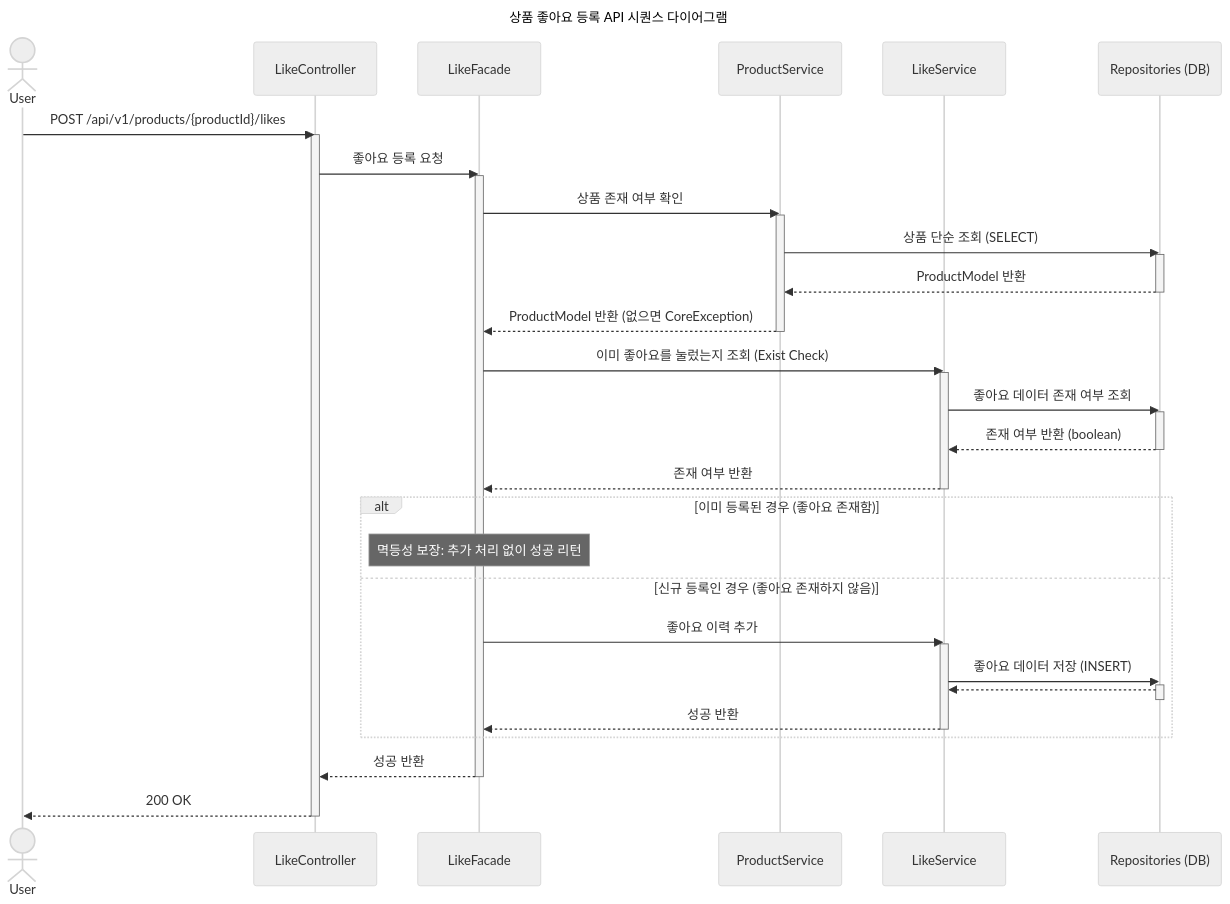
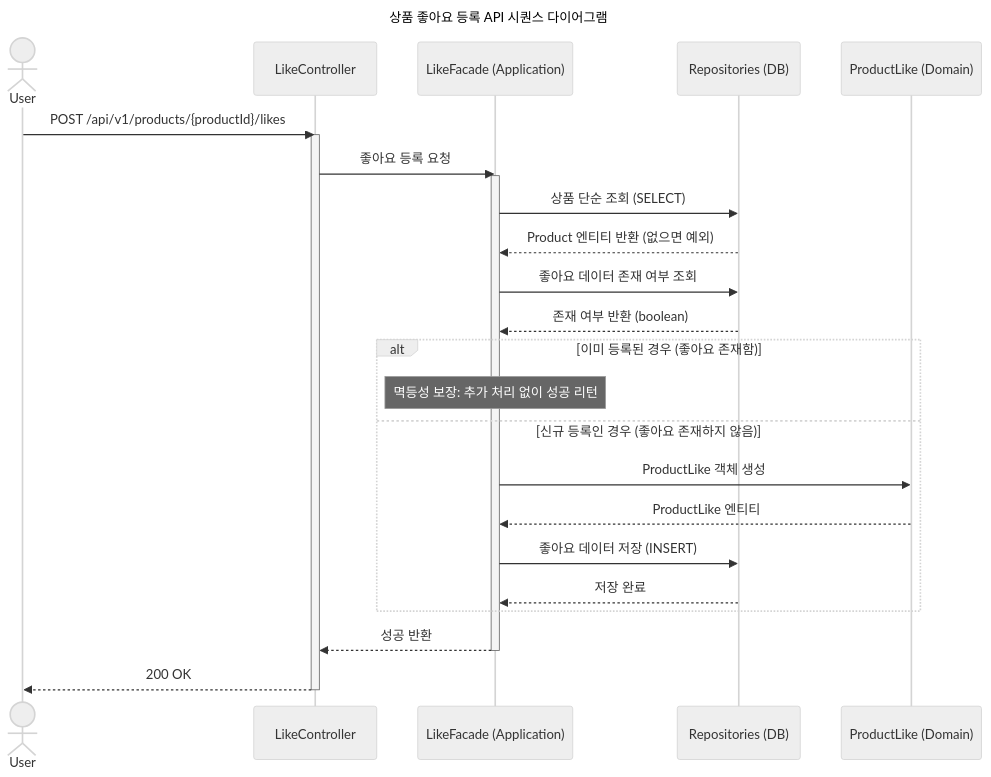
The second of 5 diagrams in docs/week2/02-sequence-diagrams.md (loopers-labs/loop-pack-be-l2-vol4-java), drawn with Mermaid (neutral theme) before and after one commit. The commit also changed other lines of this file and 1 other file, not shown here.

````diff
--- a/docs/week2/02-sequence-diagrams.md
+++ b/docs/week2/02-sequence-diagrams.md
@@ -128,56 +61,36 @@
 ```mermaid
 sequenceDiagram
     title 상품 좋아요 등록 API 시퀀스 다이어그램
     actor User
     participant Controller as LikeController
-    participant Facade as LikeFacade
-    participant ProductSvc as ProductService
-    participant LikeSvc as LikeService
+    participant Facade as LikeFacade (Application)
     participant Repo as Repositories (DB)
+    participant Domain as ProductLike (Domain)
 
     User->>Controller: POST /api/v1/products/{productId}/likes
     activate Controller
 
     Controller->>Facade: 좋아요 등록 요청
     activate Facade
 
+    Facade->>Repo: 상품 단순 조회 (SELECT)
+    Repo-->>Facade: Product 엔티티 반환 (없으면 예외)
 
-        Facade->>ProductSvc: 상품 존재 여부 확인
-        activate ProductSvc
-        ProductSvc->>Repo: 상품 단순 조회 (SELECT)
-        activate Repo
-        Repo-->>ProductSvc: ProductModel 반환
-        deactivate Repo
-        ProductSvc-->>Facade: ProductModel 반환 (없으면 CoreException)
-        deactivate ProductSvc
+    Facade->>Repo: 좋아요 데이터 존재 여부 조회
+    Repo-->>Facade: 존재 여부 반환 (boolean)
 
-        Facade->>LikeSvc: 이미 좋아요를 눌렀는지 조회 (Exist Check)
-        activate LikeSvc
-        LikeSvc->>Repo: 좋아요 데이터 존재 여부 조회
-        activate Repo
-        Repo-->>LikeSvc: 존재 여부 반환 (boolean)
-        deactivate Repo
-        LikeSvc-->>Facade: 존재 여부 반환
-        deactivate LikeSvc
-
-        alt 이미 등록된 경우 (좋아요 존재함)
-            Note over Facade: 멱등성 보장: 추가 처리 없이 성공 리턴
-        else 신규 등록인 경우 (좋아요 존재하지 않음)
-            Facade->>LikeSvc: 좋아요 이력 추가
-            activate LikeSvc
-            LikeSvc->>Repo: 좋아요 데이터 저장 (INSERT)
-            activate Repo
-            Repo-->>LikeSvc: 
-            deactivate Repo
-            LikeSvc-->>Facade: 성공 반환
-            deactivate LikeSvc
-        end
-
-
+    alt 이미 등록된 경우 (좋아요 존재함)
+        Note over Facade: 멱등성 보장: 추가 처리 없이 성공 리턴
+    else 신규 등록인 경우 (좋아요 존재하지 않음)
+        Facade->>Domain: ProductLike 객체 생성
+        Domain-->>Facade: ProductLike 엔티티
+        Facade->>Repo: 좋아요 데이터 저장 (INSERT)
+        Repo-->>Facade: 저장 완료
+    end
 
     Facade-->>Controller: 성공 반환
     deactivate Facade
 
     Controller-->>User: 200 OK
     deactivate Controller
 ```
````
